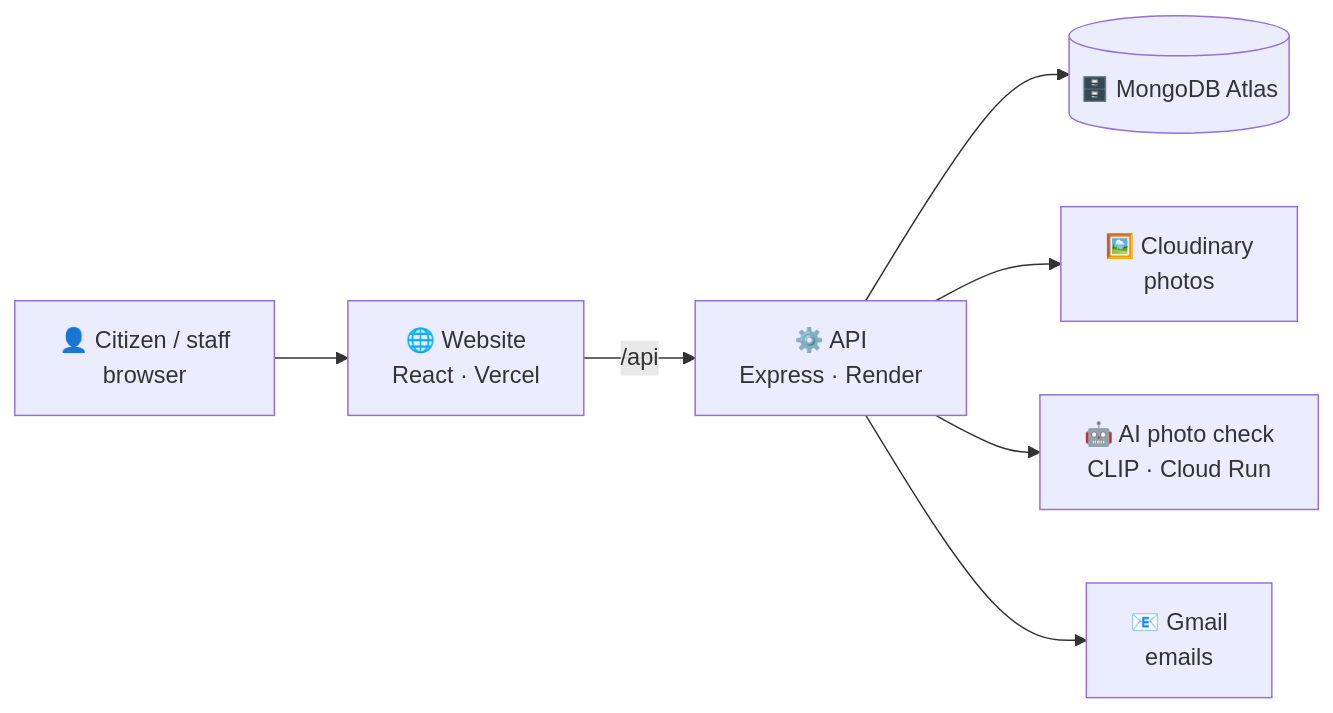
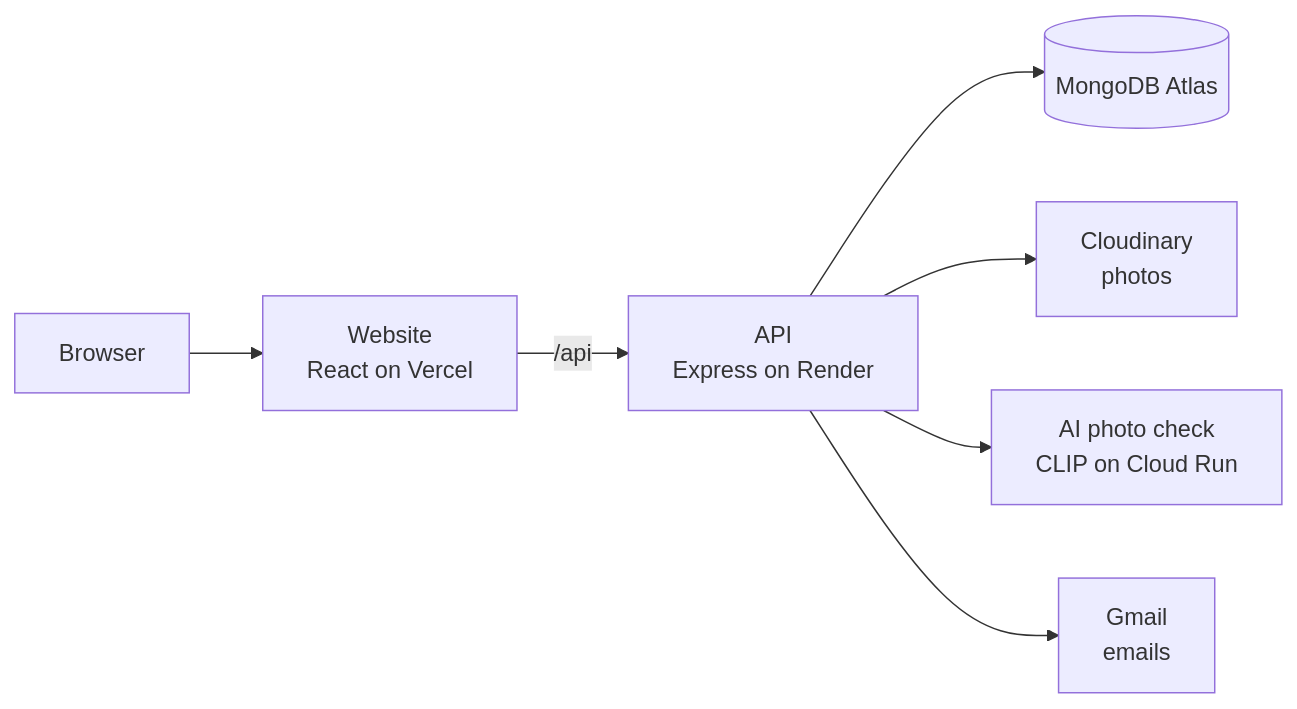
Before and after one commit to laxmantrades/-A-Web-Based-System-for-Reporting-and-Tracking-Street-Level-Infrastructure-Issues-in-Nepali-Communes: the second of 2 diagrams in README.md, drawn with Mermaid. The commit also changed other lines of this file and 1 other file, not shown here.

````diff
--- a/README.md
+++ b/README.md
@@ -189,9 +156,9 @@
 ```mermaid
 flowchart LR
-    U["👤 Citizen / staff<br/>browser"] --> W["🌐 Website<br/>React · Vercel"]
-    W -- "/api" --> S["⚙️ API<br/>Express · Render"]
-    S --> DB[("🗄️ MongoDB Atlas")]
-    S --> C["🖼️ Cloudinary<br/>photos"]
-    S --> AI["🤖 AI photo check<br/>CLIP · Cloud Run"]
-    S --> M["📧 Gmail<br/>emails"]
+    U[Browser] --> W[Website<br/>React on Vercel]
+    W -- "/api" --> S[API<br/>Express on Render]
+    S --> DB[(MongoDB Atlas)]
+    S --> C[Cloudinary<br/>photos]
+    S --> AI[AI photo check<br/>CLIP on Cloud Run]
+    S --> M[Gmail<br/>emails]
 ```
````
